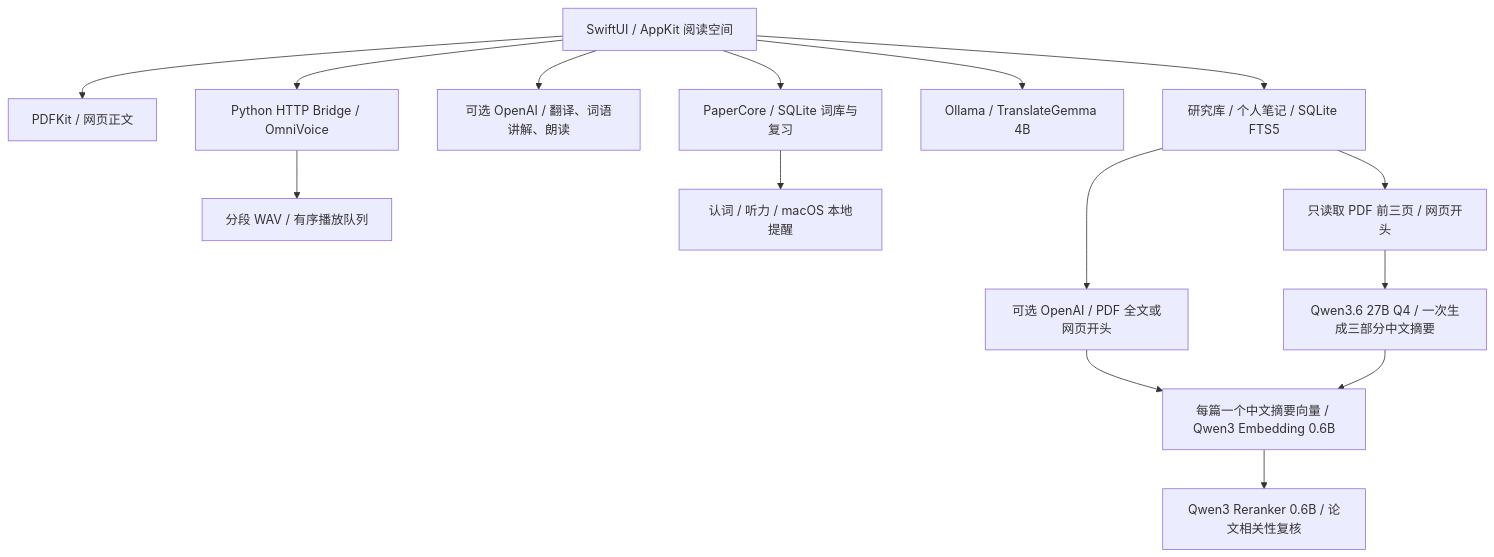
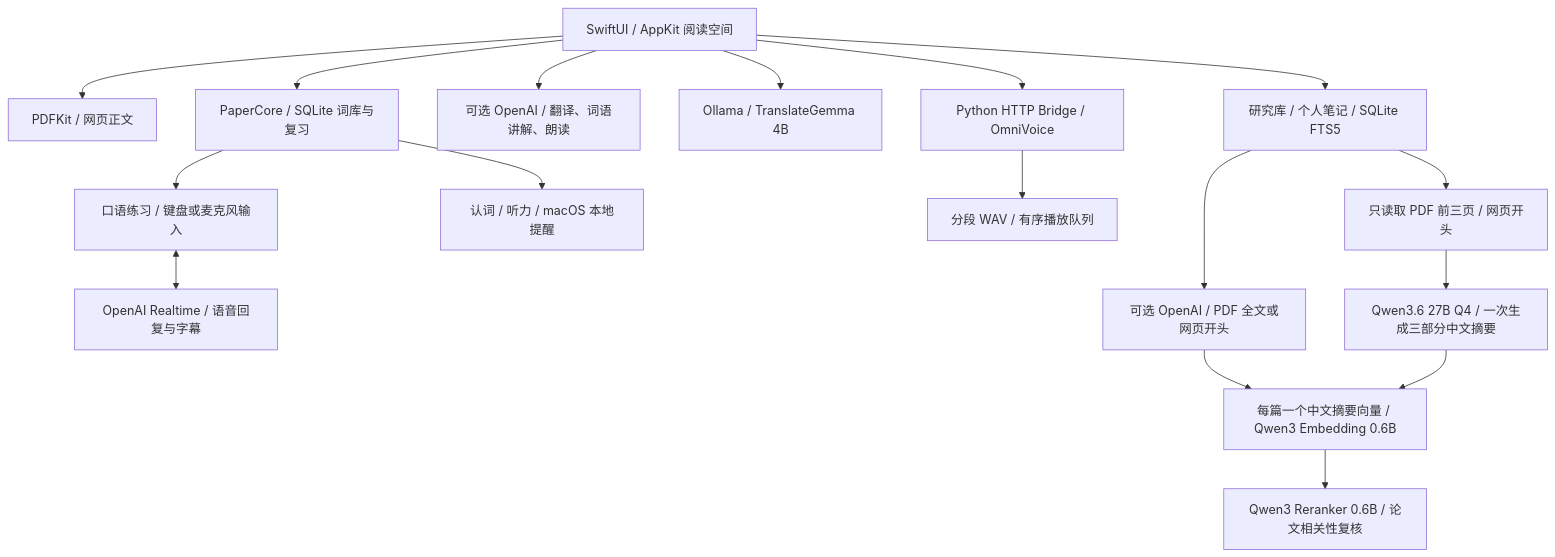
The diagram in README.md (yuan1615/PaperLingo), drawn with Mermaid before and after one commit. The commit also changed other lines of this file and 22 other files, not shown here.

````diff
--- a/README.md
+++ b/README.md
@@ -174,17 +196,19 @@
 ```mermaid
 flowchart TD
     Reader[SwiftUI / AppKit 阅读空间] --> PDF[PDFKit / 网页正文]
     Reader --> Store[PaperCore / SQLite 词库与复习]
     Reader --> Cloud[可选 OpenAI / 翻译、词语讲解、朗读]
+    Store --> Practice[口语练习 / 键盘或麦克风输入]
+    Practice <--> Realtime[OpenAI Realtime / 语音回复与字幕]
     Library --> CloudSummary[可选 OpenAI / PDF 全文或网页开头]
     CloudSummary --> Retrieval
     Reader --> Translator[Ollama / TranslateGemma 4B]
     Reader --> Speech[Python HTTP Bridge / OmniVoice]
     Speech --> Audio[分段 WAV / 有序播放队列]
     Store --> Review[认词 / 听力 / macOS 本地提醒]
     Reader --> Library[研究库 / 个人笔记 / SQLite FTS5]
     Library --> Opening[只读取 PDF 前三页 / 网页开头]
     Opening --> Digest[Qwen3.6 27B Q4 / 一次生成三部分中文摘要]
     Digest --> Retrieval[每篇一个中文摘要向量 / Qwen3 Embedding 0.6B]
     Retrieval --> Reranker[Qwen3 Reranker 0.6B / 论文相关性复核]
 ```
````
